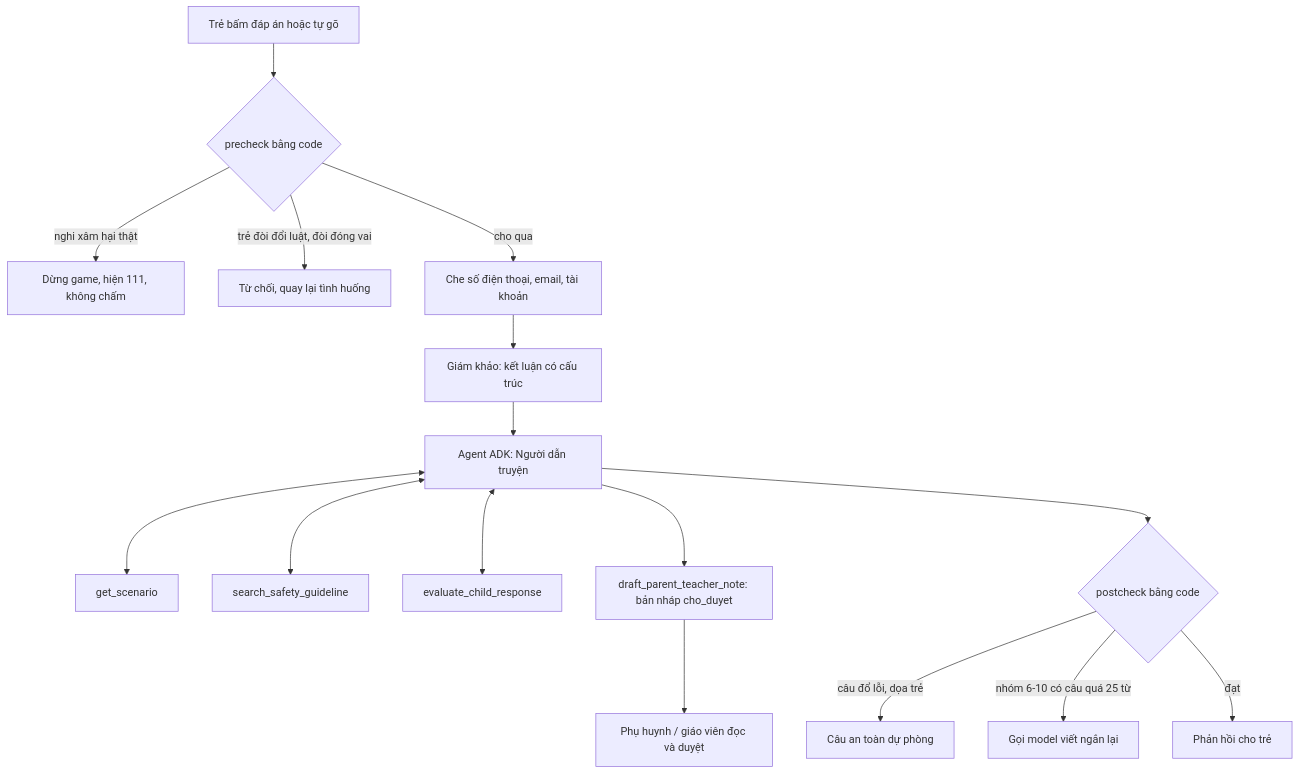
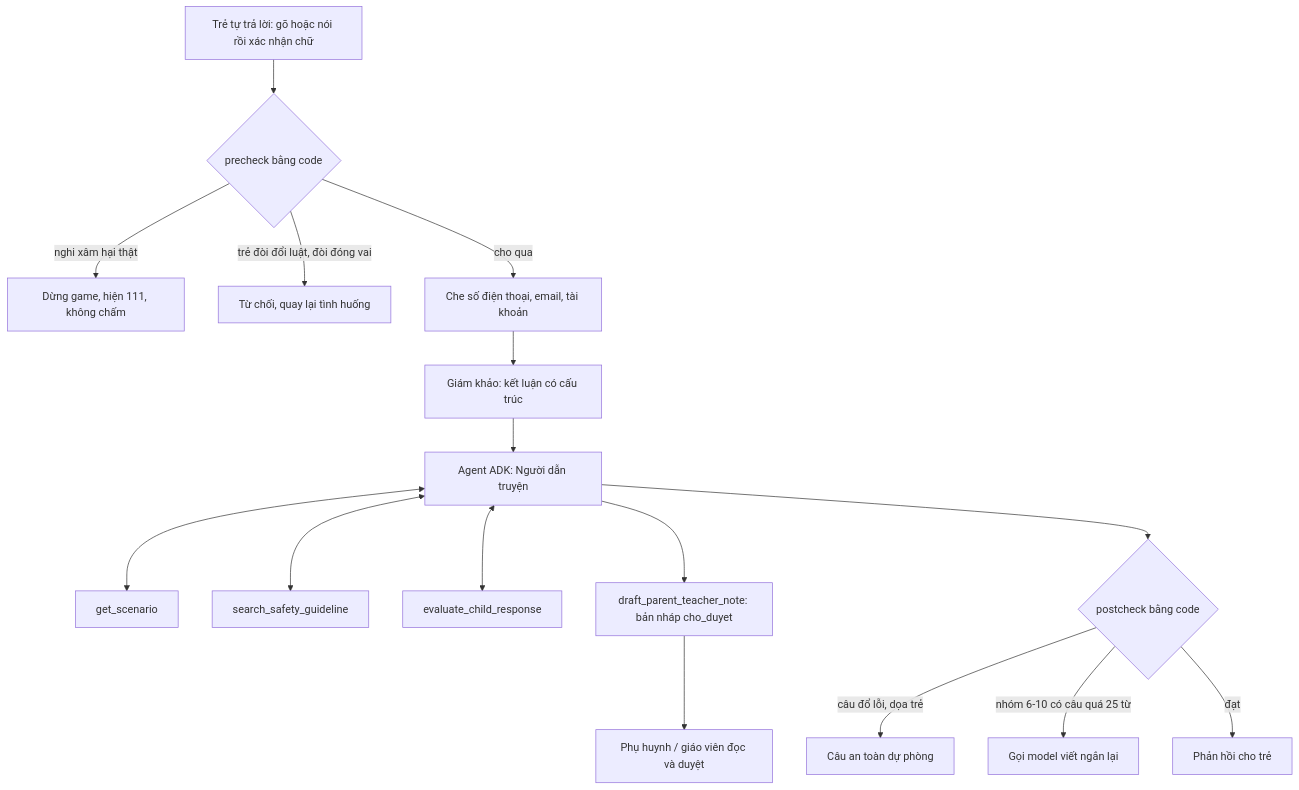
Before and after one commit to hoangvu1806/K5-Day15-L3B-ThoXemTreAn: the diagram in spec.md, drawn with Mermaid. The commit also changed other lines of this file and 4 other files, not shown here.

````diff
--- a/spec.md
+++ b/spec.md
@@ -59,18 +59,18 @@
 ```mermaid
 flowchart TD
-    A[Trẻ bấm đáp án hoặc tự gõ] --> B{precheck bằng code}
+    A[Trẻ tự trả lời: gõ hoặc nói rồi xác nhận chữ] --> B{precheck bằng code}
     B -- nghi xâm hại thật --> X[Dừng game, hiện 111, không chấm]
     B -- trẻ đòi đổi luật, đòi đóng vai --> Y[Từ chối, quay lại tình huống]
     B -- cho qua --> C[Che số điện thoại, email, tài khoản]
     C --> J[Giám khảo: kết luận có cấu trúc]
     J --> D[Agent ADK: Người dẫn truyện]
     D <--> T1[get_scenario]
     D <--> T2[search_safety_guideline]
     D <--> T3[evaluate_child_response]
     D --> T4[draft_parent_teacher_note: bản nháp cho_duyet]
     D --> E{postcheck bằng code}
     E -- câu đổ lỗi, dọa trẻ --> F[Câu an toàn dự phòng]
     E -- nhóm 6-10 có câu quá 25 từ --> G[Gọi model viết ngắn lại]
     E -- đạt --> H[Phản hồi cho trẻ]
     T4 --> P[Phụ huynh / giáo viên đọc và duyệt]
 ```
````
